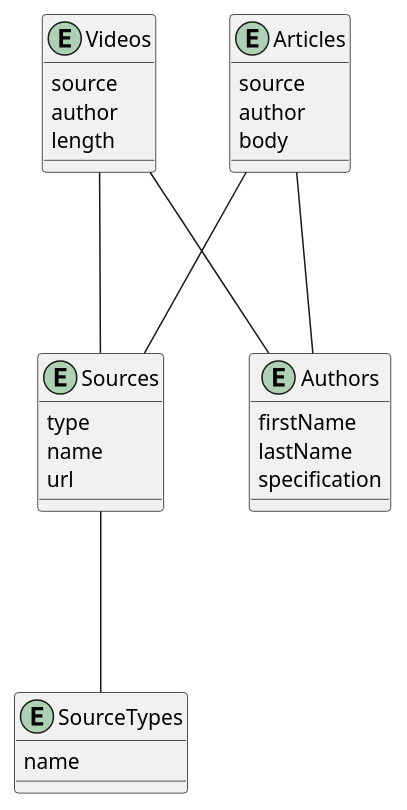
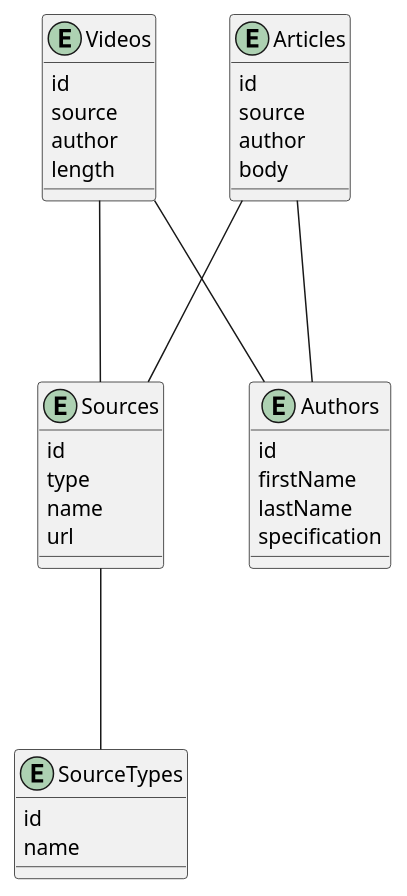
Before and after one commit to Lydesi/MCAS: the diagram in src/uml/er.puml, drawn with PlantUML. The commit also changed 1 other file, not shown here.

```diff
--- a/src/uml/er.puml
+++ b/src/uml/er.puml
@@ -1,35 +1,40 @@
 @startuml
     entity Videos{
+      id
       source
       author
       length
     }
 
     entity Articles{
+      id
       source
       author
       body
     }
 
     entity Sources{
+      id
       type
       name
       url
     }
 
     entity Authors{
+      id
       firstName
       lastName
       specification
     }
 
     entity SourceTypes{
+      id
       name
     }
 
     Videos --- Sources
     Articles --- Sources
     Articles --- Authors
     Videos --- Authors
     Sources --- SourceTypes
 @enduml
```
